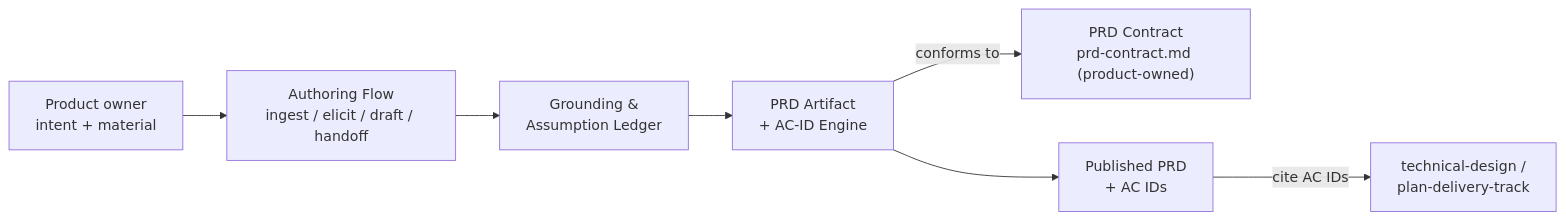
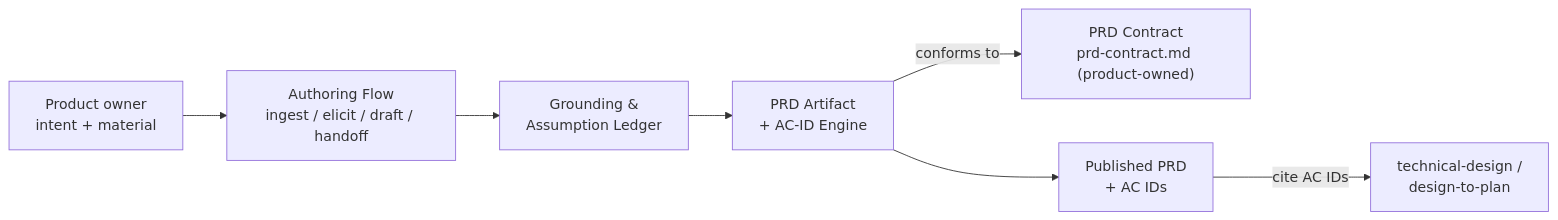
One commit to agentic-workflow-kit/define-product changed the diagram in docs/design/technical-design.md. Above: the diagram before and after it, drawn with Mermaid. The commit also changed other lines of this file and 1 other file, not shown here.

First line of the commit message:
docs: apply review fixes (design-to-plan naming, status reviewed)

````diff
--- a/docs/design/technical-design.md
+++ b/docs/design/technical-design.md
@@ -287,17 +287,17 @@
 ```mermaid
 flowchart LR
     owner["Product owner<br/>intent + material"]
     flow["Authoring Flow<br/>ingest / elicit / draft / handoff"]
     ledger["Grounding &<br/>Assumption Ledger"]
     prd["PRD Artifact<br/>+ AC-ID Engine"]
     contract["PRD Contract<br/>prd-contract.md (product-owned)"]
     out["Published PRD<br/>+ AC IDs"]
-    down["technical-design /<br/>plan-delivery-track"]
+    down["technical-design /<br/>design-to-plan"]
 
     owner --> flow
     flow --> ledger
     ledger --> prd
     prd -->|conforms to| contract
     prd --> out
     out -->|cite AC IDs| down
 ```
````
